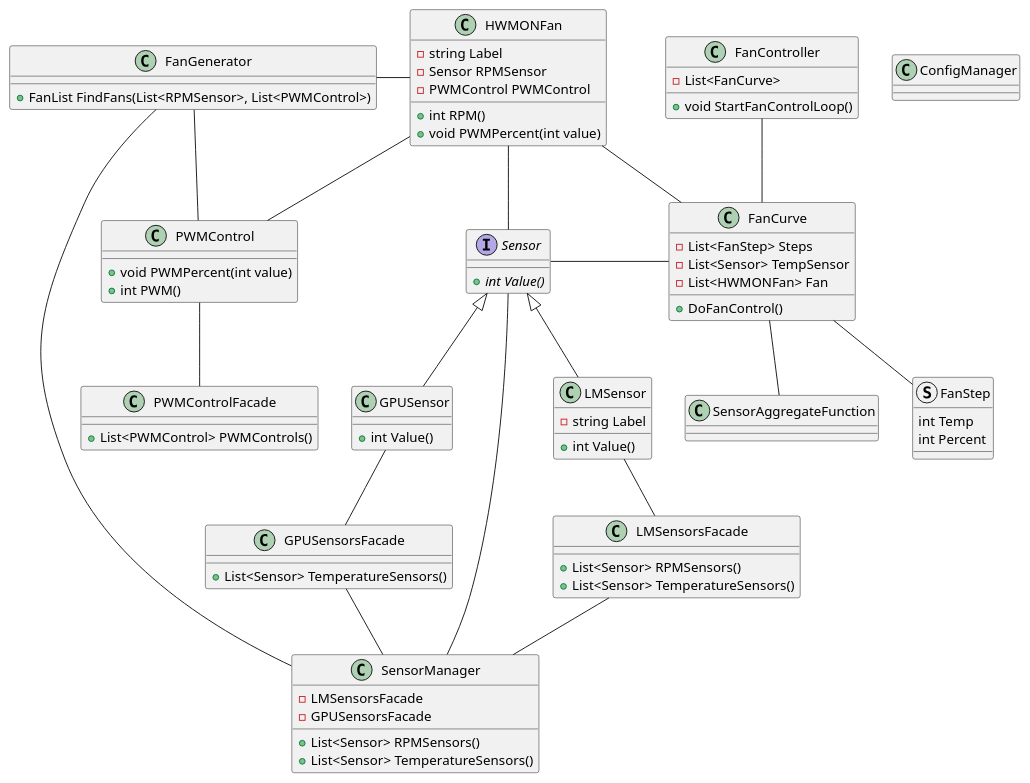
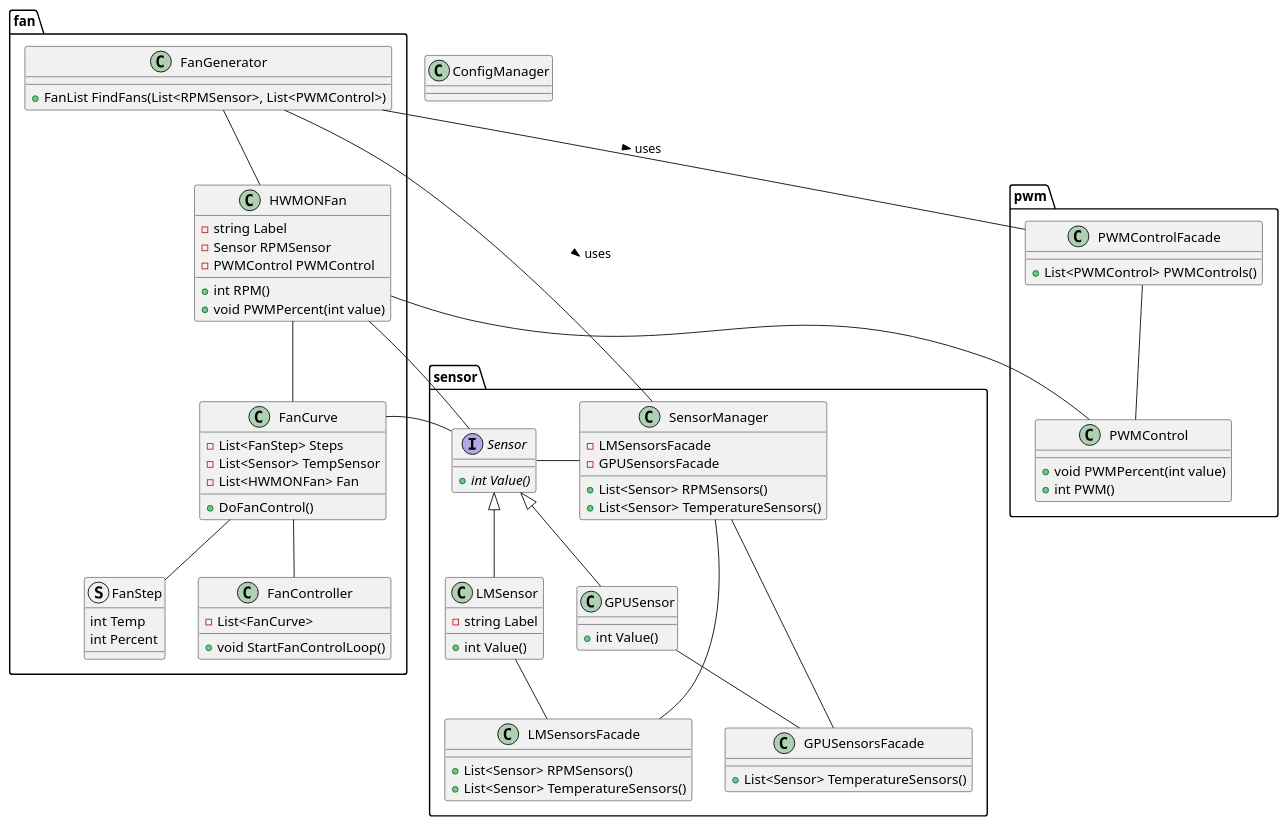
Before and after one commit to Tabascl/fantasize: the diagram in doc/Class.plantuml, drawn with PlantUML.

Commit message:
Documentation

```diff
--- a/doc/Class.plantuml
+++ b/doc/Class.plantuml
@@ -1,111 +1,119 @@
 @startuml
-interface Sensor {
-        + {abstract} int Value()
+
+package sensor {
+        interface Sensor {
+                + {abstract} int Value()
+        }
+
+        class LMSensor {
+                - string Label
+
+                + int Value()
+        }
+
+        class GPUSensor {
+                + int Value()
+        }
+
+        class LMSensorsFacade
+        {
+                + List<Sensor> RPMSensors()
+                + List<Sensor> TemperatureSensors()
+        }
+
+        class GPUSensorsFacade
+        {
+                + List<Sensor> TemperatureSensors()
+        }
+
+        class SensorManager
+        {
+                - LMSensorsFacade
+                - GPUSensorsFacade
+
+                + List<Sensor> RPMSensors()
+                + List<Sensor> TemperatureSensors()
+        }
 }
 
-class LMSensor {
-        - string Label
+package fan
+{
+        class HWMONFan {
+                - string Label
+                - Sensor RPMSensor
+                - PWMControl PWMControl
 
-        + int Value()
+                + int RPM()
+                + void PWMPercent(int value)
+        }
+
+        class FanGenerator
+        {
+                + FanList FindFans(List<RPMSensor>, List<PWMControl>)
+        }
+
+        struct FanStep
+        {
+                int Temp
+                int Percent
+        }
+
+        class FanCurve
+        {
+                - List<FanStep> Steps
+                - List<Sensor> TempSensor
+                - List<HWMONFan> Fan
+
+                + DoFanControl()
+        }
+
+        class FanController
+        {
+                - List<FanCurve>
+
+                + void StartFanControlLoop()
+        }
 }
 
-class GPUSensor {
-        + int Value()
-}
+package pwm
+{
+        class PWMControl {
+                + void PWMPercent(int value)
+                + int PWM()
+        }
 
-class HWMONFan {
-        - string Label
-        - Sensor RPMSensor
-        - PWMControl PWMControl
-
-        + int RPM()
-        + void PWMPercent(int value)
-}
-
-class PWMControl {
-        + void PWMPercent(int value)
-        + int PWM()
-}
-
-class PWMControlFacade {
-        + List<PWMControl> PWMControls()
-}
-
-class LMSensorsFacade
-{
-        + List<Sensor> RPMSensors()
-        + List<Sensor> TemperatureSensors()
-}
-
-class GPUSensorsFacade
-{
-        + List<Sensor> TemperatureSensors()
-}
-
-class SensorManager
-{
-        - LMSensorsFacade
-        - GPUSensorsFacade
-
-        + List<Sensor> RPMSensors()
-        + List<Sensor> TemperatureSensors()
-}
-
-class FanGenerator
-{
-        + FanList FindFans(List<RPMSensor>, List<PWMControl>)
-}
-
-struct FanStep
-{
-        int Temp
-        int Percent
-}
-
-class FanCurve
-{
-        - List<FanStep> Steps
-        - List<Sensor> TempSensor
-        - List<HWMONFan> Fan
-
-        + DoFanControl()
-}
-
-class FanController
-{
-        - List<FanCurve>
-
-        + void StartFanControlLoop()
+        class PWMControlFacade {
+                + List<PWMControl> PWMControls()
+        }
 }
 
 class ConfigManager
 {
 
 }
 
 HWMONFan -- Sensor
 HWMONFan -- PWMControl
-HWMONFan - FanCurve
+HWMONFan -- FanCurve
 
-PWMControl -- PWMControlFacade
+PWMControlFacade -- PWMControl
 
 Sensor <|-- LMSensor
 Sensor <|-- GPUSensor
 
 SensorManager - Sensor
 
 LMSensor -- LMSensorsFacade
 GPUSensor -- GPUSensorsFacade
 LMSensorsFacade -- SensorManager
 GPUSensorsFacade -- SensorManager
 
-FanGenerator - HWMONFan
-FanGenerator - SensorManager
-FanGenerator - PWMControl
+FanGenerator -- HWMONFan
+FanGenerator -- SensorManager : uses >
+FanGenerator -- PWMControlFacade : uses >
 
 Sensor - FanCurve
 FanCurve -- FanStep
-FanCurve -- SensorAggregateFunction
 
-FanController -- FanCurve
+FanCurve -- FanController
 @enduml
```
